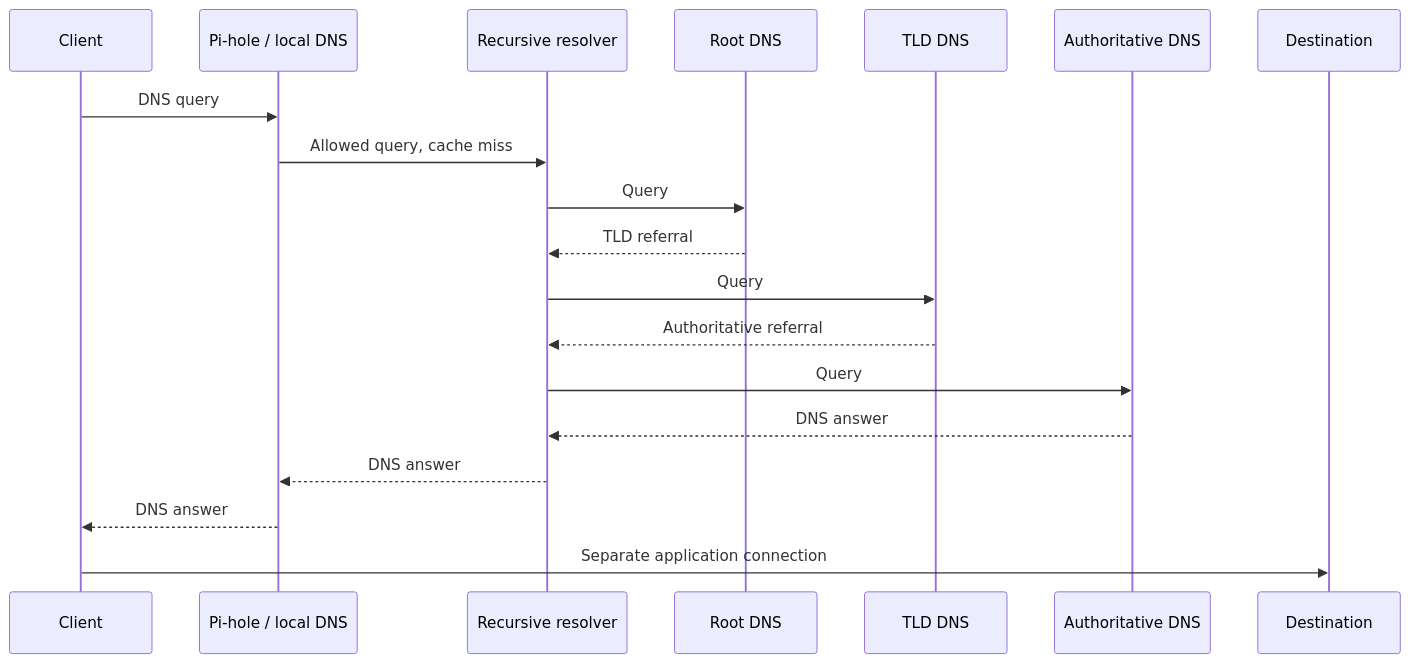
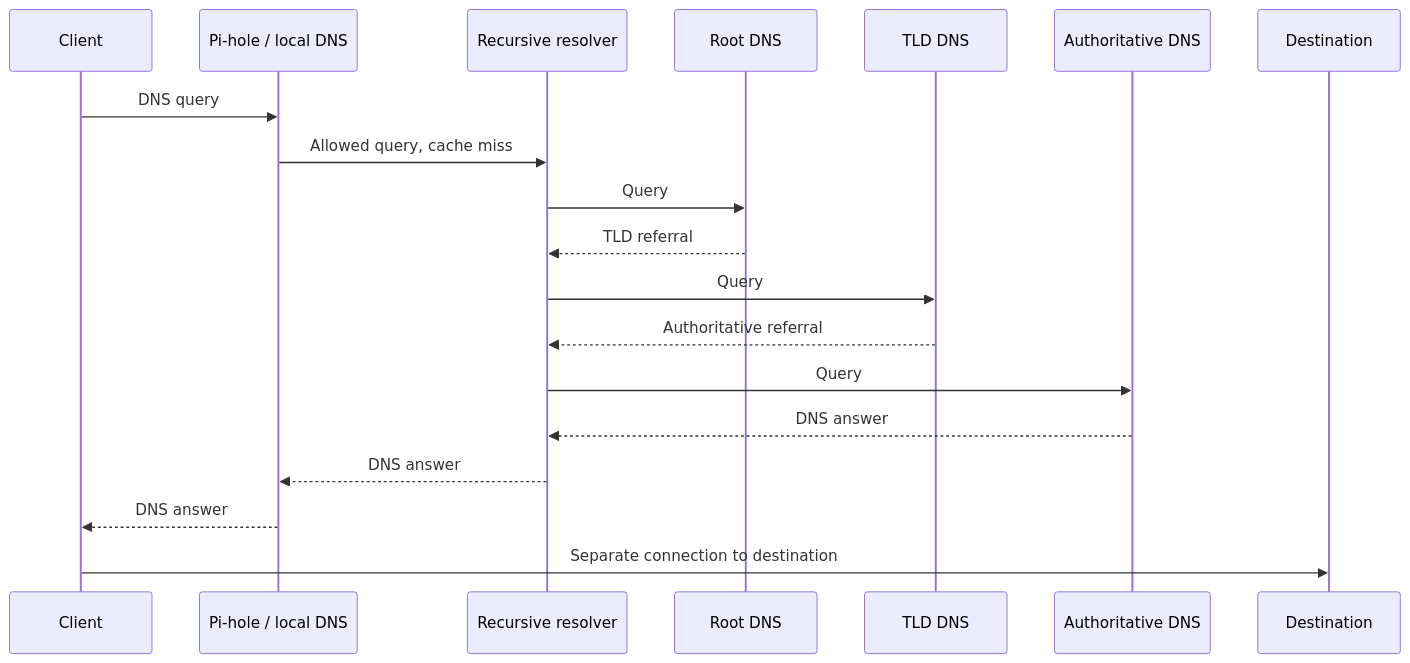
One commit to moldovanluca4/homelab changed the diagram in docs/dns.md. Above: the diagram before and after it, drawn with Mermaid. The commit also changed other lines of this file and 25 other files, not shown here.

````diff
--- a/docs/dns.md
+++ b/docs/dns.md
@@ -23,21 +17,21 @@
 ```mermaid
 sequenceDiagram
     participant C as Client
     participant P as Pi-hole / local DNS
     participant R as Recursive resolver
     participant Root as Root DNS
     participant T as TLD DNS
     participant A as Authoritative DNS
     participant D as Destination
     C->>P: DNS query
     P->>R: Allowed query, cache miss
     R->>Root: Query
     Root-->>R: TLD referral
     R->>T: Query
     T-->>R: Authoritative referral
     R->>A: Query
     A-->>R: DNS answer
     R-->>P: DNS answer
     P-->>C: DNS answer
-    C->>D: Separate application connection
+    C->>D: Separate connection to destination
 ```
````
